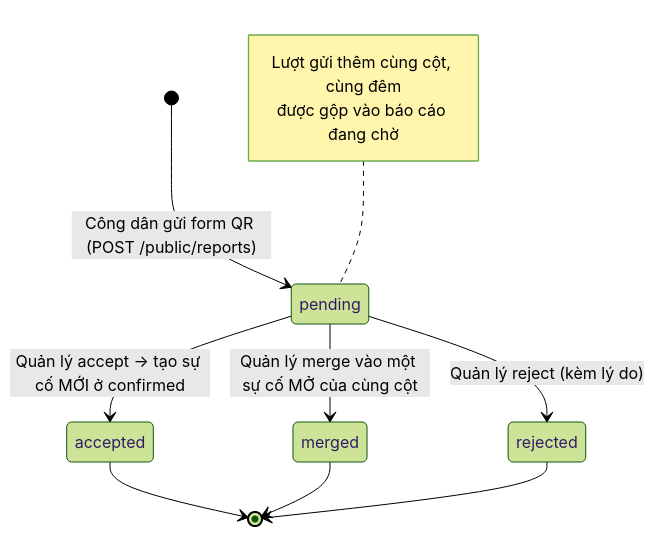
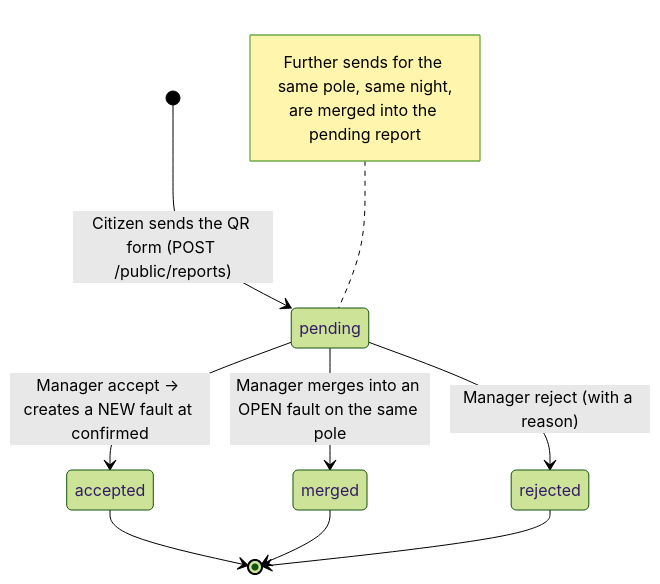
The fifth of 14 diagrams in docs/state-machines.md (LuxMapLabs/luxmap_backend), drawn with Mermaid (forest theme) before and after one commit. The commit also changed other lines of this file and 2 other files, not shown here.

First line of the commit message:
docs(state-machines): translate the state machine diagrams to English

````diff
--- a/docs/state-machines.md
+++ b/docs/state-machines.md
@@ -199,14 +213,14 @@
 ```mermaid
 stateDiagram-v2
-    [*] --> pending : Công dân gửi form QR (POST /public/reports)
+    [*] --> pending : Citizen sends the QR form (POST /public/reports)
     note left of pending
-        Lượt gửi thêm cùng cột, cùng đêm
-        được gộp vào báo cáo đang chờ
+        Further sends for the same pole, same night,
+        are merged into the pending report
     end note
-    pending --> accepted : Quản lý accept → tạo sự cố MỚI ở confirmed
-    pending --> merged : Quản lý merge vào một sự cố MỞ của cùng cột
-    pending --> rejected : Quản lý reject (kèm lý do)
+    pending --> accepted : Manager accept → creates a NEW fault at confirmed
+    pending --> merged : Manager merges into an OPEN fault on the same pole
+    pending --> rejected : Manager reject (with a reason)
     accepted --> [*]
     merged --> [*]
     rejected --> [*]
 ```
````
